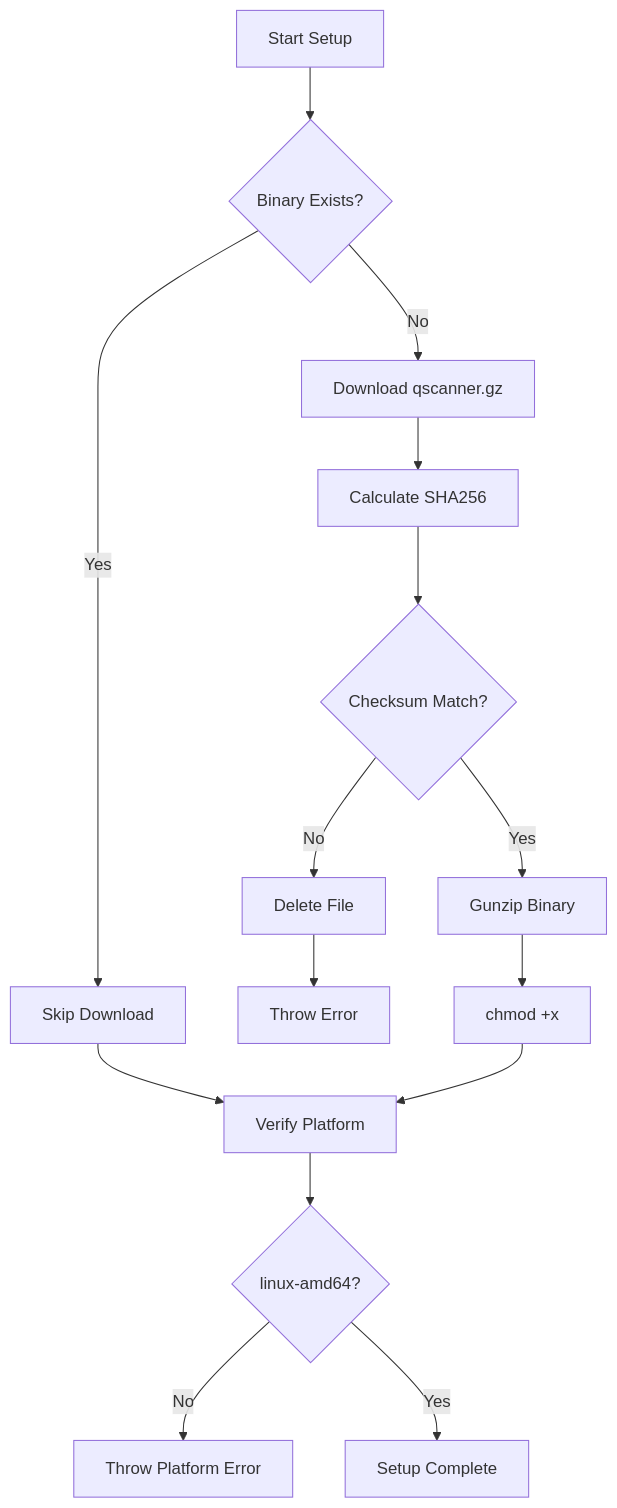
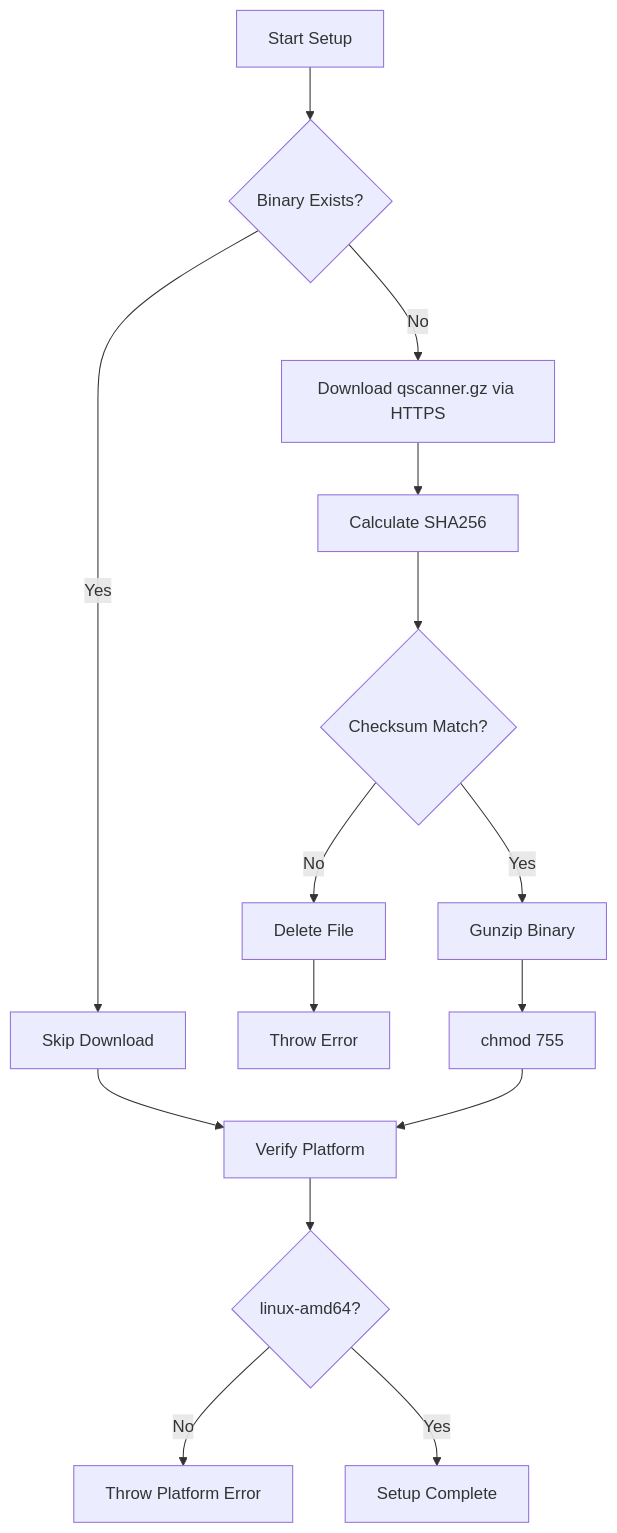
Before and after one commit to nelssec/qualys-codebuild: the fifth of 16 diagrams in docs/technical-architecture.md, drawn with Mermaid. The commit also changed other lines of this file and 5 other files, not shown here.

````diff
--- a/docs/technical-architecture.md
+++ b/docs/technical-architecture.md
@@ -171,17 +170,17 @@
 ```mermaid
 flowchart TD
     A[Start Setup] --> B{Binary Exists?}
     B -->|Yes| C[Skip Download]
-    B -->|No| D[Download qscanner.gz]
+    B -->|No| D[Download qscanner.gz via HTTPS]
     D --> E[Calculate SHA256]
     E --> F{Checksum Match?}
     F -->|No| G[Delete File]
     G --> H[Throw Error]
     F -->|Yes| I[Gunzip Binary]
-    I --> J[chmod +x]
+    I --> J[chmod 755]
     C --> K[Verify Platform]
     J --> K
     K --> L{linux-amd64?}
     L -->|No| M[Throw Platform Error]
     L -->|Yes| N[Setup Complete]
 ```
````
